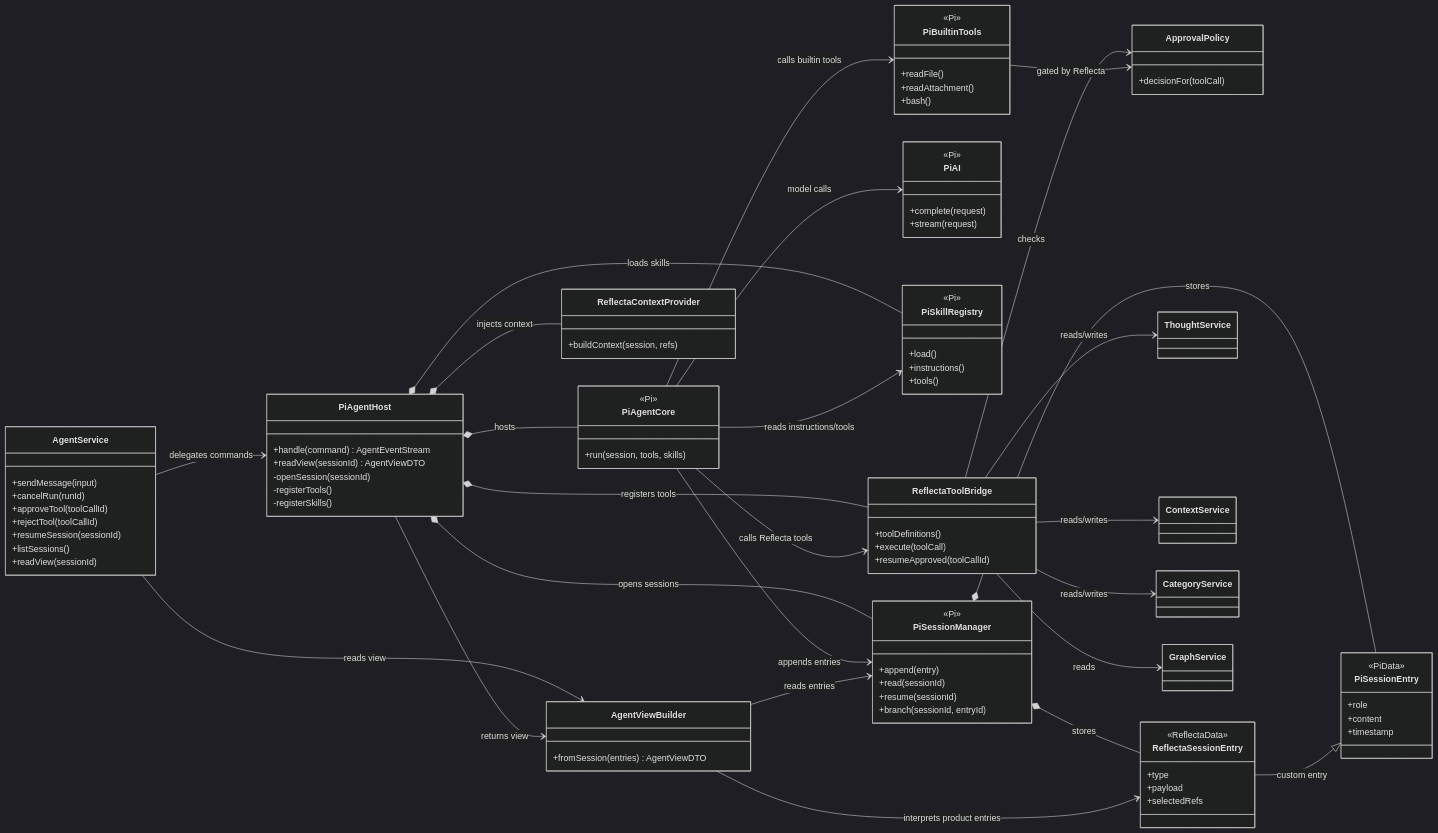
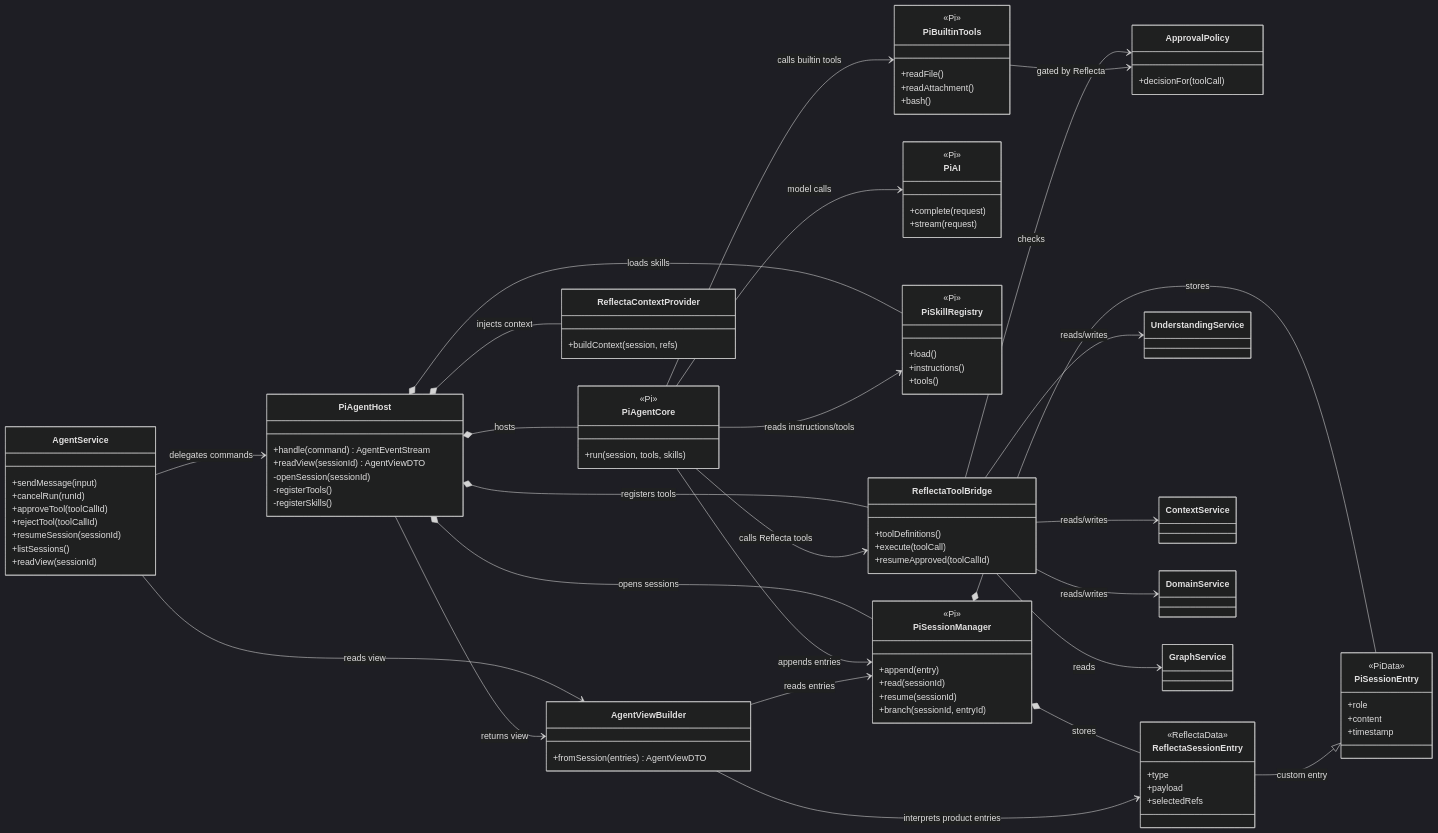
The second of 6 diagrams in docs/iterations/v1.1.0/tech/agent-pi-runtime-architecture.md (Floribunda1/reflecta), drawn with Mermaid (dark theme) before and after one commit. The commit also changed other lines of this file and 206 other files, not shown here.

````diff
--- a/docs/iterations/v1.1.0/tech/agent-pi-runtime-architecture.md
+++ b/docs/iterations/v1.1.0/tech/agent-pi-runtime-architecture.md
@@ -181,9 +181,9 @@
     +selectedRefs
   }
 
-  class ThoughtService
+  class UnderstandingService
   class ContextService
-  class CategoryService
+  class DomainService
   class GraphService
 
   AgentService --> PiAgentHost : delegates commands
@@ -210,9 +210,9 @@
   AgentViewBuilder --> ReflectaSessionEntry : interprets product entries
 
   ReflectaToolBridge --> ApprovalPolicy : checks
-  ReflectaToolBridge --> ThoughtService : reads/writes
+  ReflectaToolBridge --> UnderstandingService : reads/writes
   ReflectaToolBridge --> ContextService : reads/writes
-  ReflectaToolBridge --> CategoryService : reads/writes
+  ReflectaToolBridge --> DomainService : reads/writes
   ReflectaToolBridge --> GraphService : reads
   PiBuiltinTools --> ApprovalPolicy : gated by Reflecta
 ```
````
